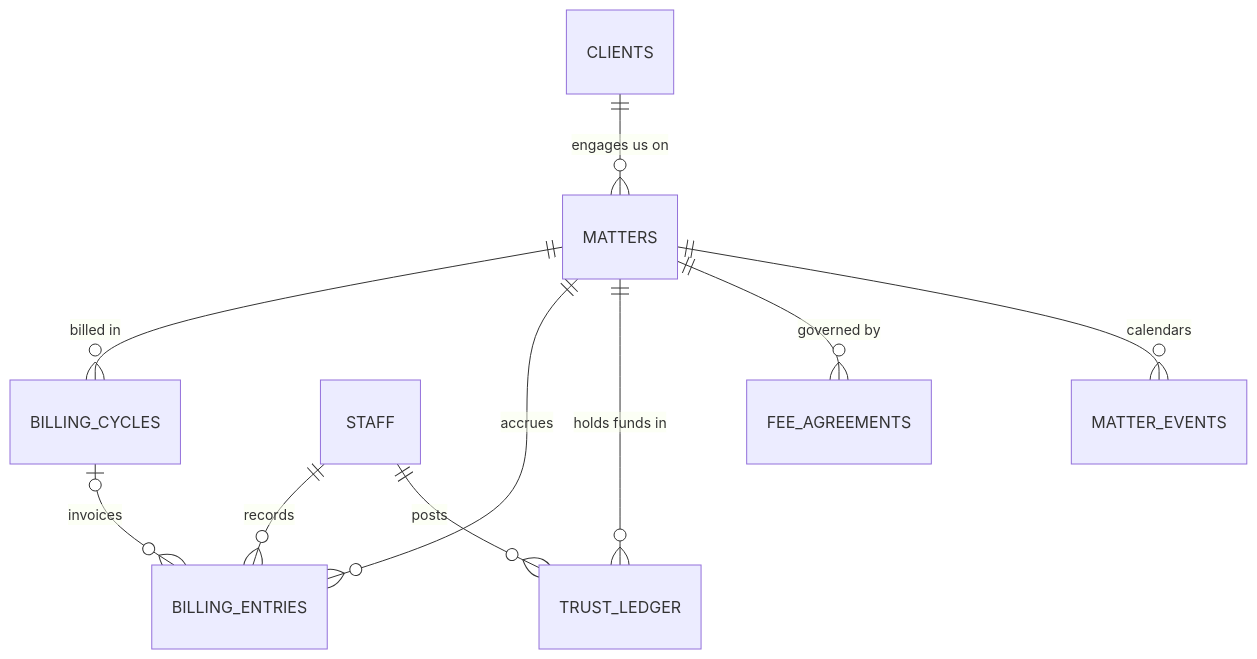
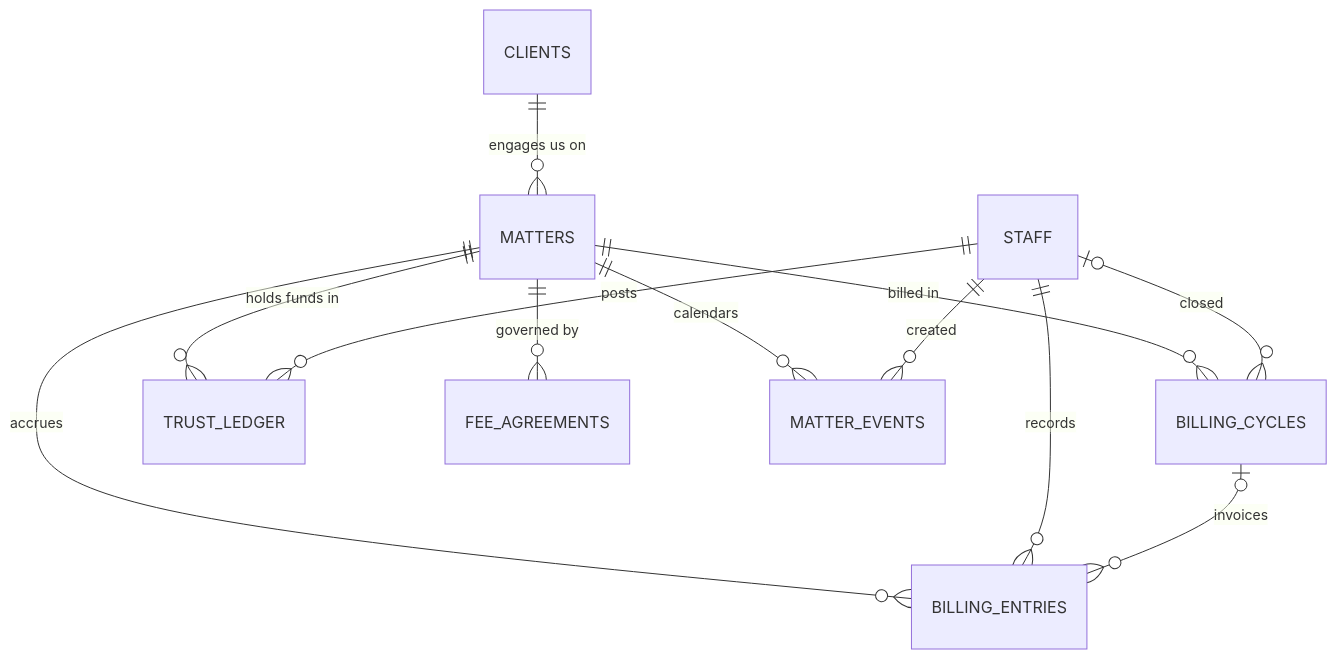
One commit to tjdaley/cyclone changed the fourth of 10 diagrams in docs/erd.md. Above: the diagram before and after it, drawn with Mermaid. The commit also changed other lines of this file and 26 other files, not shown here.

````diff
--- a/docs/erd.md
+++ b/docs/erd.md
@@ -111,12 +125,14 @@
 ```mermaid
 erDiagram
     CLIENTS        ||--o{ MATTERS : "engages us on"
     MATTERS        ||--o{ BILLING_CYCLES : "billed in"
     MATTERS        ||--o{ BILLING_ENTRIES : accrues
     STAFF          ||--o{ BILLING_ENTRIES : records
     BILLING_CYCLES |o--o{ BILLING_ENTRIES : invoices
     MATTERS        ||--o{ TRUST_LEDGER : "holds funds in"
     STAFF          ||--o{ TRUST_LEDGER : posts
     MATTERS        ||--o{ FEE_AGREEMENTS : "governed by"
     MATTERS        ||--o{ MATTER_EVENTS : calendars
+    STAFF          |o--o{ BILLING_CYCLES : closed
+    STAFF          ||--o{ MATTER_EVENTS : created
 ```
````
